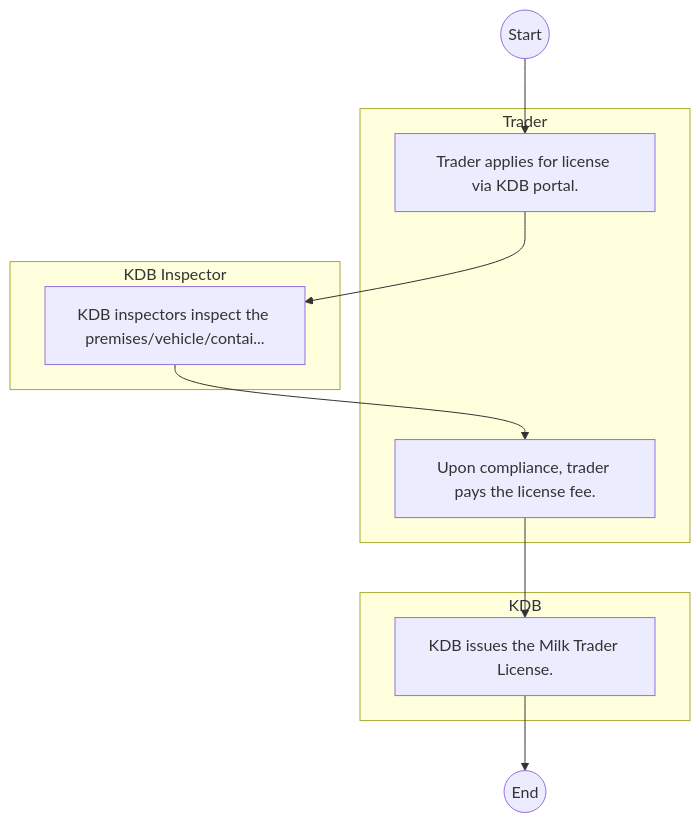
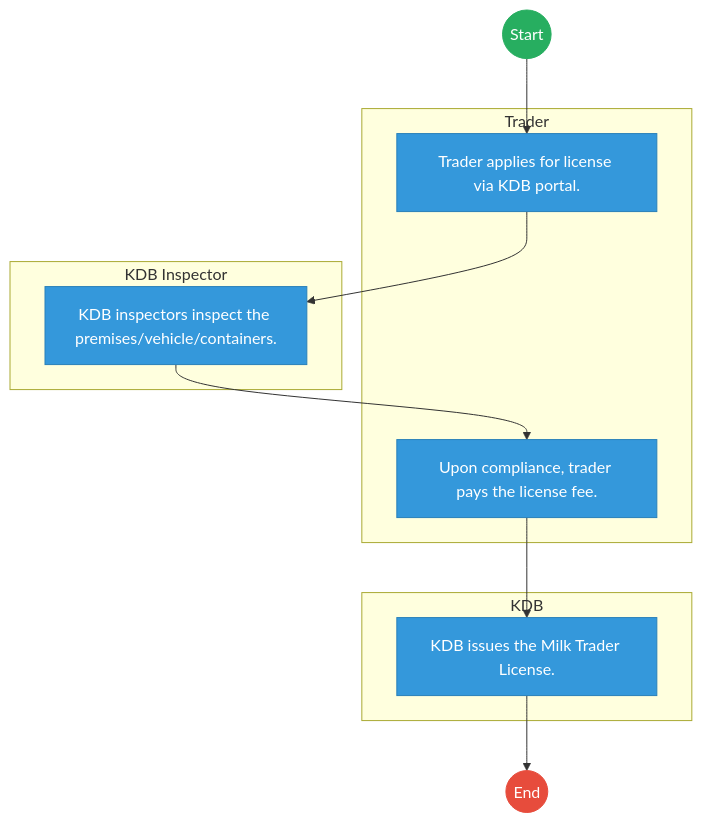
One commit to BITZ-IT-Consulting-LTD/ictapoc changed the first of 2 diagrams in mdas/docs_final/Kenya_Dairy_Board___Service_Delivery.md. Above: the diagram before and after it, drawn with Mermaid. The commit also changed other lines of this file and 461 other files, not shown here.

````diff
--- a/mdas/docs_final/Kenya_Dairy_Board___Service_Delivery.md
+++ b/mdas/docs_final/Kenya_Dairy_Board___Service_Delivery.md
@@ -20,18 +20,30 @@
 ```mermaid
 graph TD
     Start((Start)) --> S1
+
     subgraph Trader [Trader]
         S1["Trader applies for license via KDB portal."]
         S3["Upon compliance, trader pays the license fee."]
     end
-    subgraph KDBInspector [KDB Inspector]
-        S2["KDB inspectors inspect the premises/vehicle/contai..."]
+
+    subgraph KDB_Inspector [KDB Inspector]
+        S2["KDB inspectors inspect the premises/vehicle/containers."]
     end
+
     subgraph KDB [KDB]
         S4["KDB issues the Milk Trader License."]
     end
     S1 --> S2
     S2 --> S3
     S3 --> S4
     S4 --> End((End))
+
+    classDef start fill:#27ae60,stroke:#27ae60,color:#fff;
+    classDef endNode fill:#e74c3c,stroke:#e74c3c,color:#fff;
+    classDef userTask fill:#3498db,stroke:#2980b9,color:#fff;
+    classDef serviceTask fill:#9b59b6,stroke:#8e44ad,color:#fff;
+
+    class Start start;
+    class End endNode;
+    class S1,S2,S3,S4 userTask;
 ```
````
